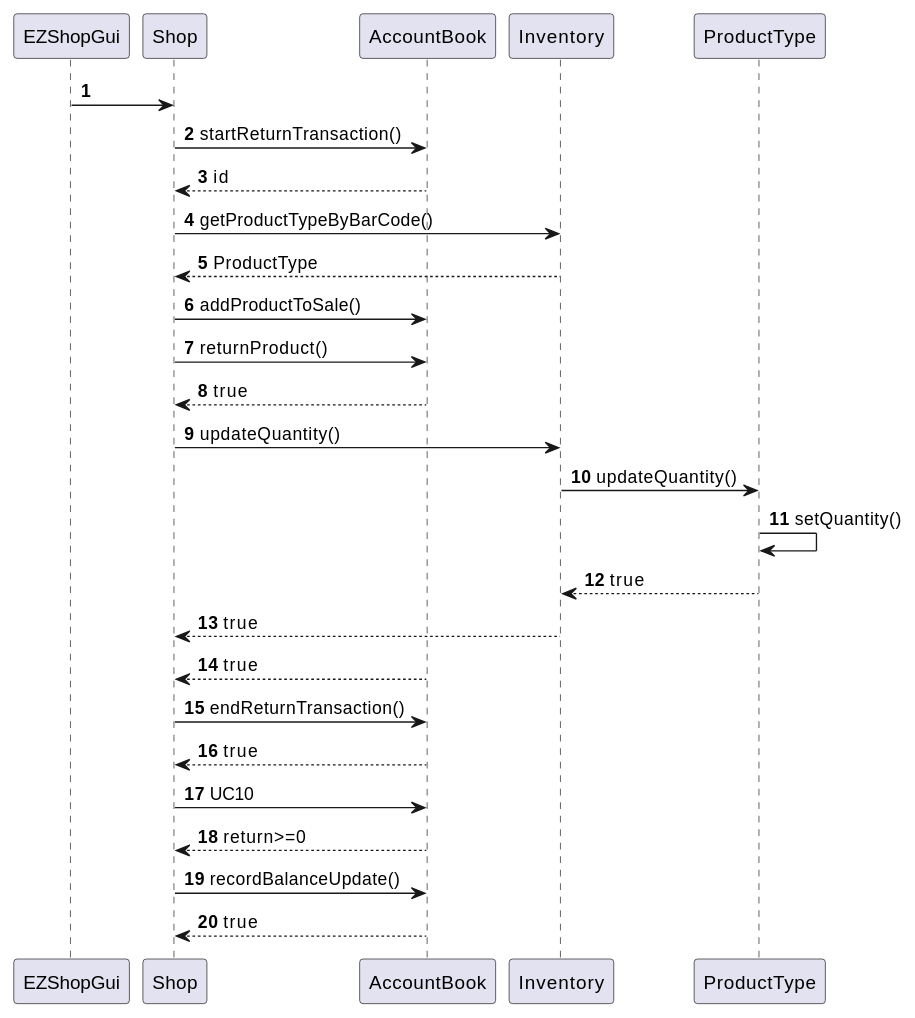
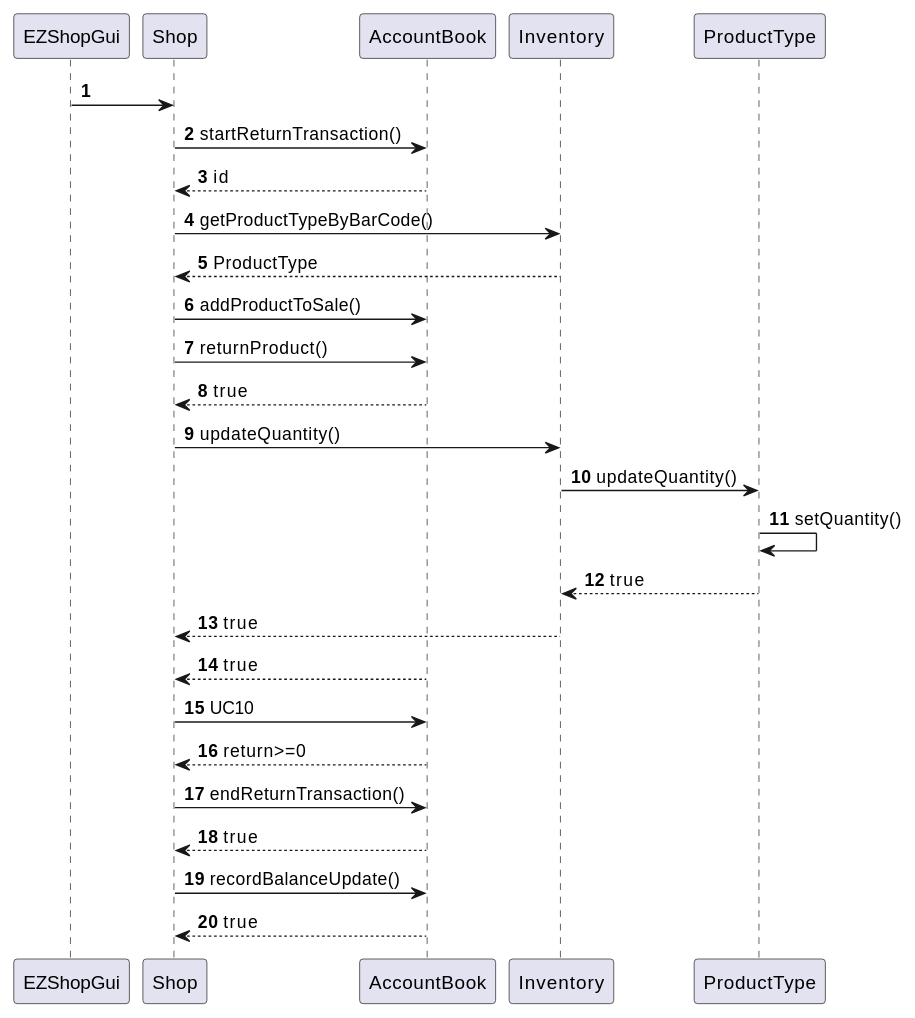
One commit to mkexc/ezshop changed diagram 20 of 22 in Deliverables/DesignDocument.md. Above: the diagram before and after it, drawn with PlantUML. The commit also changed other lines of this file and 1 other file, not shown here.

````diff
--- a/Deliverables/DesignDocument.md
+++ b/Deliverables/DesignDocument.md
@@ -672,25 +660,25 @@
 ```plantuml
 @startuml
 autonumber
 EZShopGui -> Shop
 Shop -> AccountBook : startReturnTransaction()
 Shop <-- AccountBook : id
 Shop -> Inventory : getProductTypeByBarCode()
 Shop <-- Inventory : ProductType
 Shop -> AccountBook : addProductToSale()
 Shop -> AccountBook : returnProduct()
 Shop <-- AccountBook : true
 Shop -> Inventory : updateQuantity()
 Inventory -> ProductType : updateQuantity()
 ProductType -> ProductType : setQuantity()
 Inventory <-- ProductType : true
 Shop <-- Inventory : true
 Shop <-- AccountBook : true
+Shop -> AccountBook : UC10
+Shop <-- AccountBook : return>=0
 Shop -> AccountBook : endReturnTransaction()
 Shop <-- AccountBook : true
-Shop -> AccountBook : UC10
-Shop <-- AccountBook : return>=0
 Shop -> AccountBook : recordBalanceUpdate()
 Shop <-- AccountBook : true
 @enduml
 ```
````
